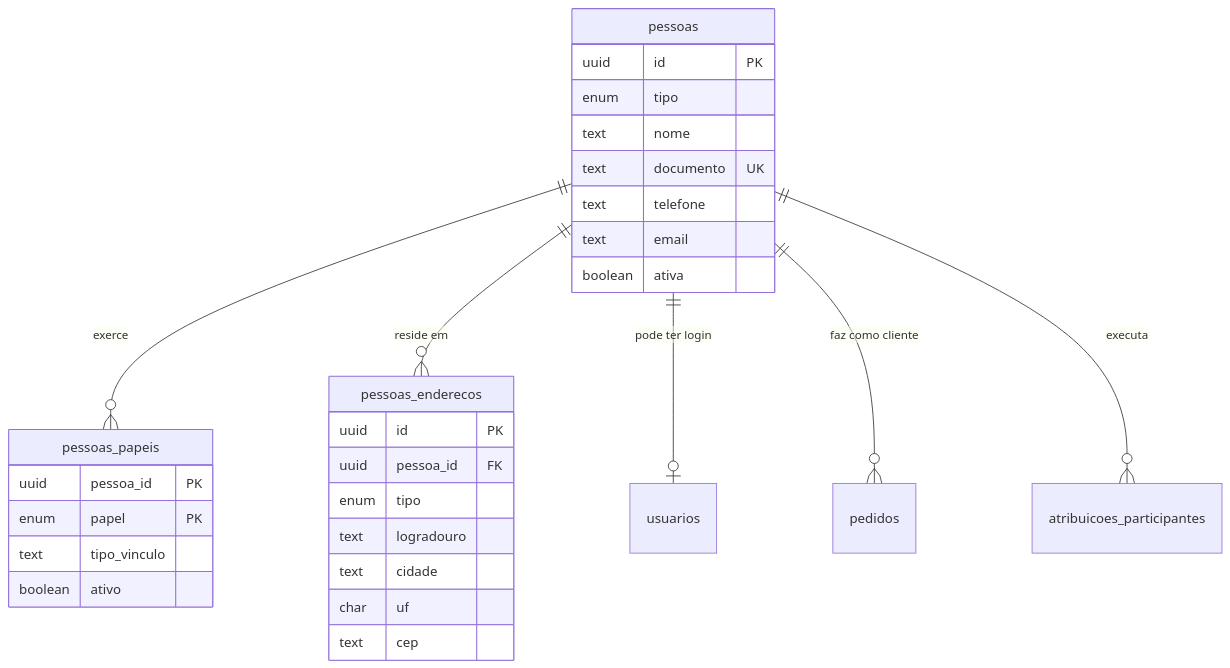
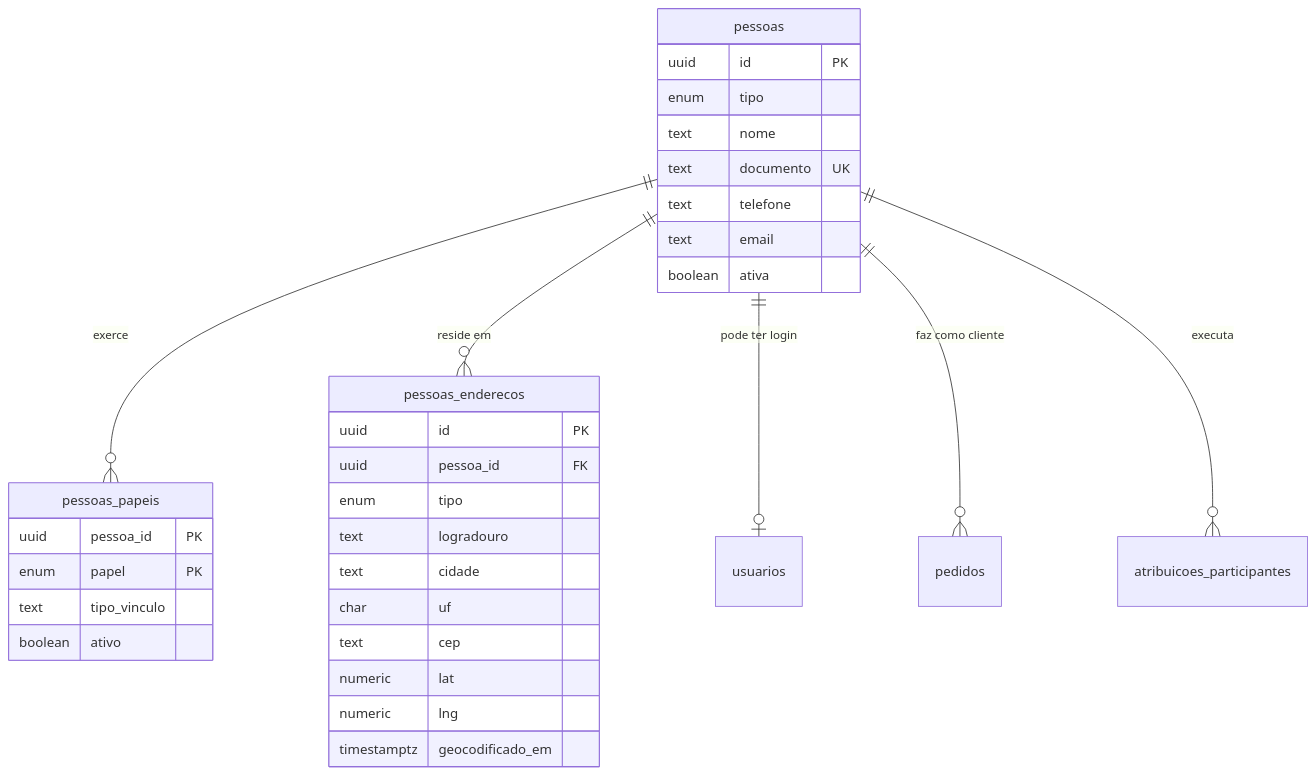
Before and after one commit to JoaoMudar/tcc: the diagram in docs/engenharia/modelo-dados-pt/mmd/fig12-cadastros-pessoas.mmd, drawn with Mermaid. The commit also changed 25 other files, not shown here.

```diff
--- a/docs/engenharia/modelo-dados-pt/mmd/fig12-cadastros-pessoas.mmd
+++ b/docs/engenharia/modelo-dados-pt/mmd/fig12-cadastros-pessoas.mmd
@@ -1,34 +1,37 @@
 erDiagram
   pessoas {
     uuid    id PK
     enum    tipo
     text    nome
     text    documento UK
     text    telefone
     text    email
     boolean ativa
   }
   pessoas_papeis {
     uuid    pessoa_id PK
     enum    papel PK
     text    tipo_vinculo
     boolean ativo
   }
   pessoas_enderecos {
     uuid id PK
     uuid pessoa_id FK
     enum tipo
     text logradouro
     text cidade
     char uf
     text cep
+    numeric lat
+    numeric lng
+    timestamptz geocodificado_em
   }
   usuarios {}
   pedidos {}
   atribuicoes_participantes {}
 
   pessoas ||--o{ pessoas_papeis    : "exerce"
   pessoas ||--o{ pessoas_enderecos : "reside em"
   pessoas ||--o| usuarios          : "pode ter login"
   pessoas ||--o{ pedidos           : "faz como cliente"
   pessoas ||--o{ atribuicoes_participantes : "executa"
```
